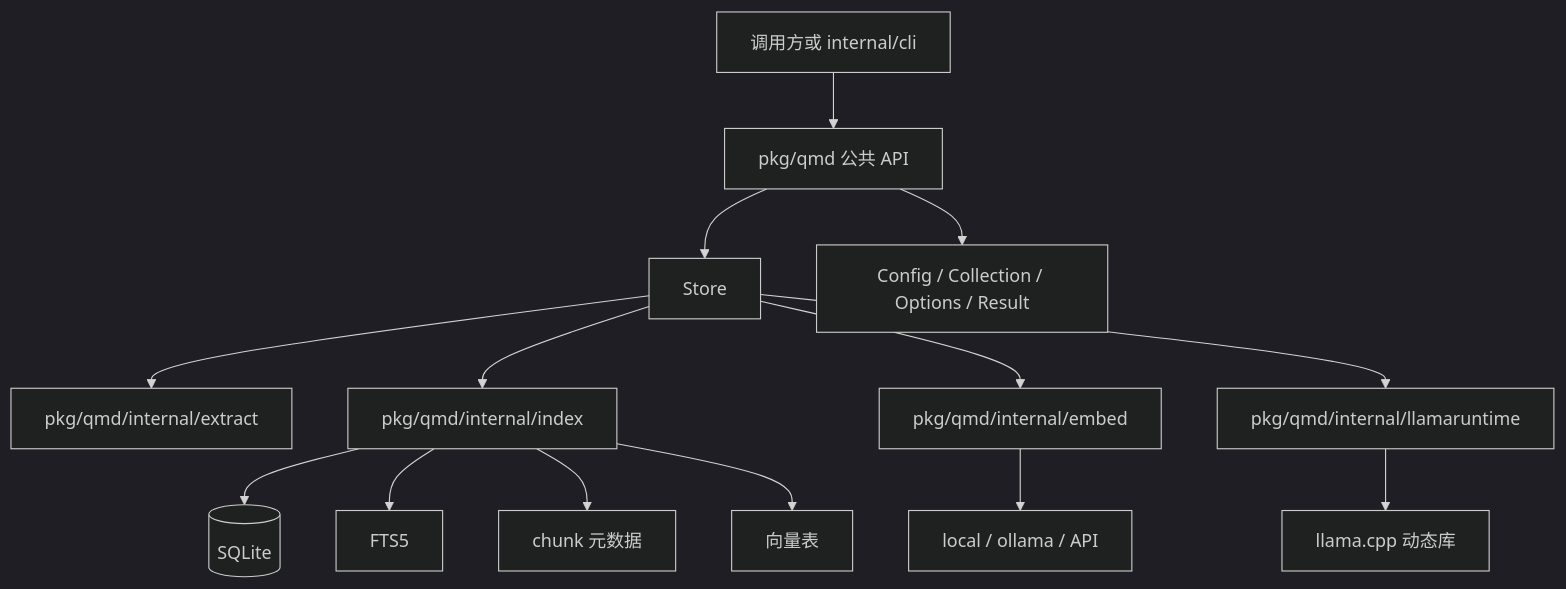
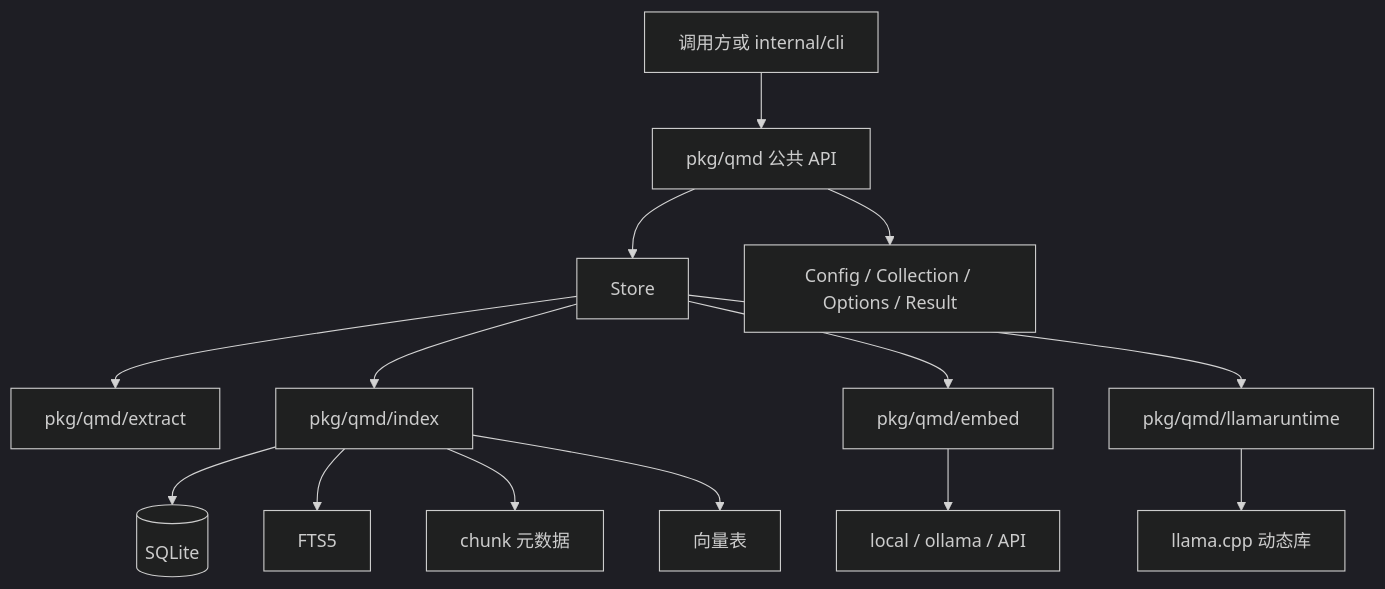
One commit to JieWaZi/wikimesh changed the first of 5 diagrams in pkg/qmd/README.md. Above: the diagram before and after it, drawn with Mermaid (dark theme). The commit also changed other lines of this file and 27 other files, not shown here.

````diff
--- a/pkg/qmd/README.md
+++ b/pkg/qmd/README.md
@@ -9,19 +9,19 @@
 ```mermaid
 flowchart TB
     App[调用方或 internal/cli] --> Public[pkg/qmd 公共 API]
 
     Public --> Store[Store]
     Public --> Types[Config / Collection / Options / Result]
 
-    Store --> Extract[pkg/qmd/internal/extract]
-    Store --> Index[pkg/qmd/internal/index]
-    Store --> Embed[pkg/qmd/internal/embed]
-    Store --> Runtime[pkg/qmd/internal/llamaruntime]
+    Store --> Extract[pkg/qmd/extract]
+    Store --> Index[pkg/qmd/index]
+    Store --> Embed[pkg/qmd/embed]
+    Store --> Runtime[pkg/qmd/llamaruntime]
 
     Index --> SQLite[(SQLite)]
     Index --> FTS[FTS5]
     Index --> Chunks[chunk 元数据]
     Index --> Vectors[向量表]
     Embed --> Provider[local / ollama / API]
     Runtime --> Llama[llama.cpp 动态库]
 ```
````
